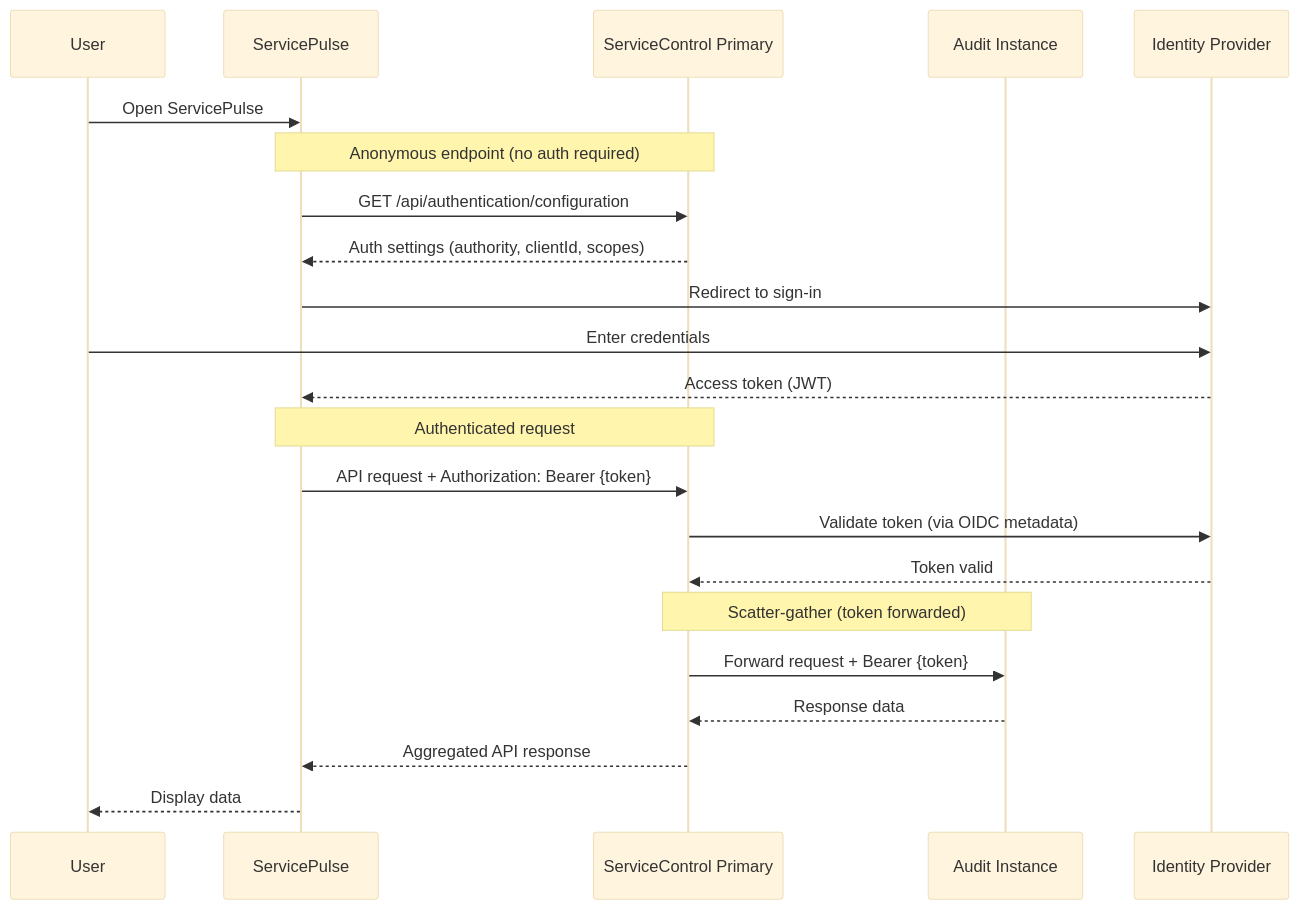
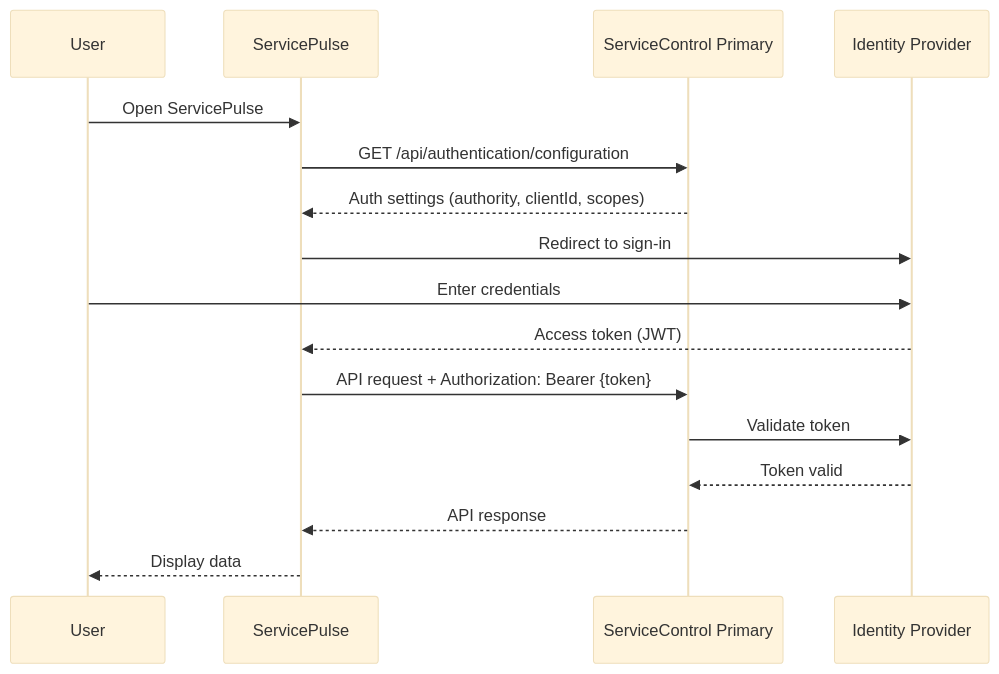
Before and after one commit to Particular/docs.particular.net: the diagram in servicecontrol/security/index.md, drawn with Mermaid (base theme). The commit also changed other lines of this file and 3 other files, not shown here.

````diff
--- a/servicecontrol/security/index.md
+++ b/servicecontrol/security/index.md
@@ -35,25 +21,19 @@
 ```mermaid
 sequenceDiagram
     participant User
     participant ServicePulse
     participant Primary as ServiceControl Primary
-    participant Audit as Audit Instance
     participant IdP as Identity Provider
 
     User->>ServicePulse: Open ServicePulse
-    Note over ServicePulse,Primary: Anonymous endpoint (no auth required)
     ServicePulse->>Primary: GET /api/authentication/configuration
     Primary-->>ServicePulse: Auth settings (authority, clientId, scopes)
     ServicePulse->>IdP: Redirect to sign-in
     User->>IdP: Enter credentials
     IdP-->>ServicePulse: Access token (JWT)
-    Note over ServicePulse,Primary: Authenticated request
     ServicePulse->>Primary: API request + Authorization: Bearer {token}
-    Primary->>IdP: Validate token (via OIDC metadata)
+    Primary->>IdP: Validate token
     IdP-->>Primary: Token valid
-    Note over Primary,Audit: Scatter-gather (token forwarded)
-    Primary->>Audit: Forward request + Bearer {token}
-    Audit-->>Primary: Response data
-    Primary-->>ServicePulse: Aggregated API response
+    Primary-->>ServicePulse: API response
     ServicePulse-->>User: Display data
 ```
````
